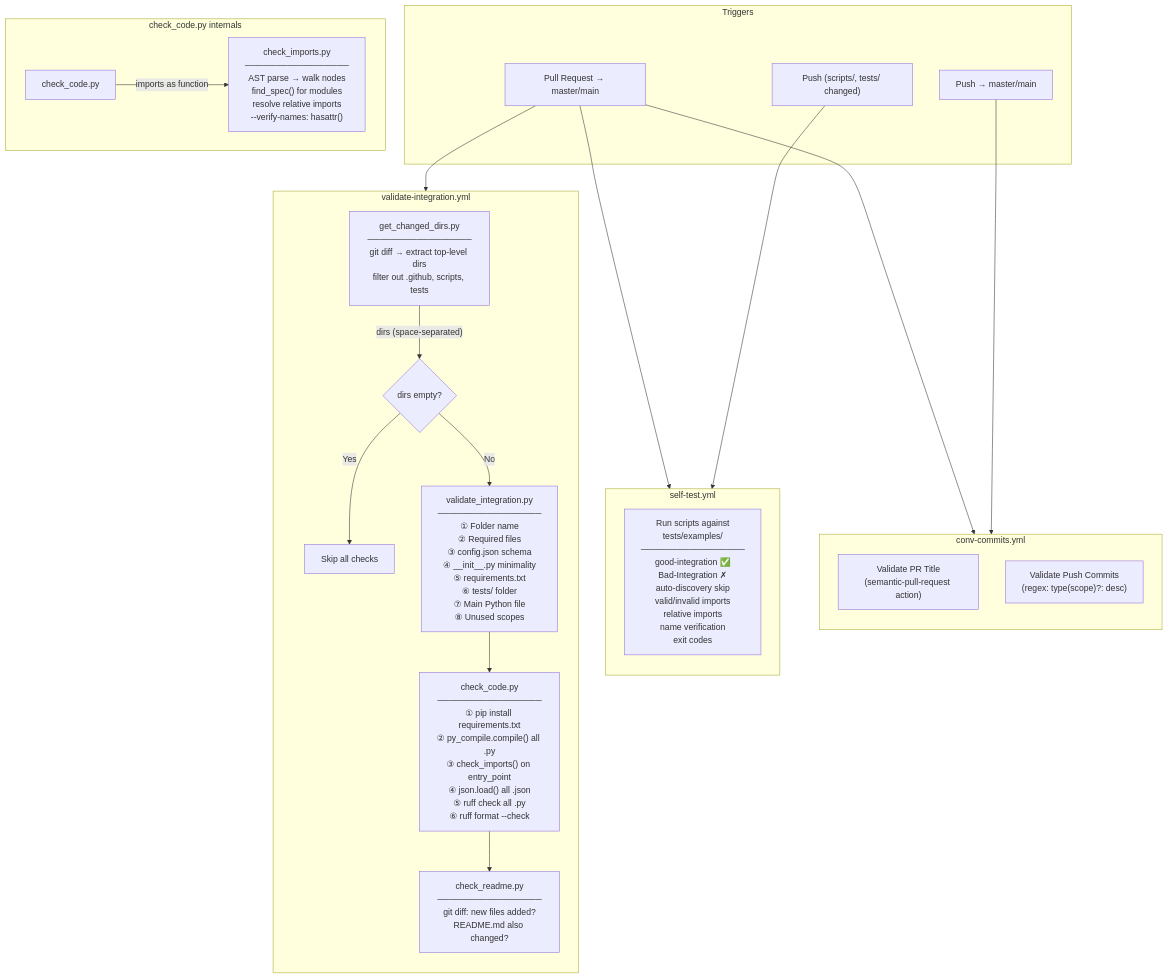
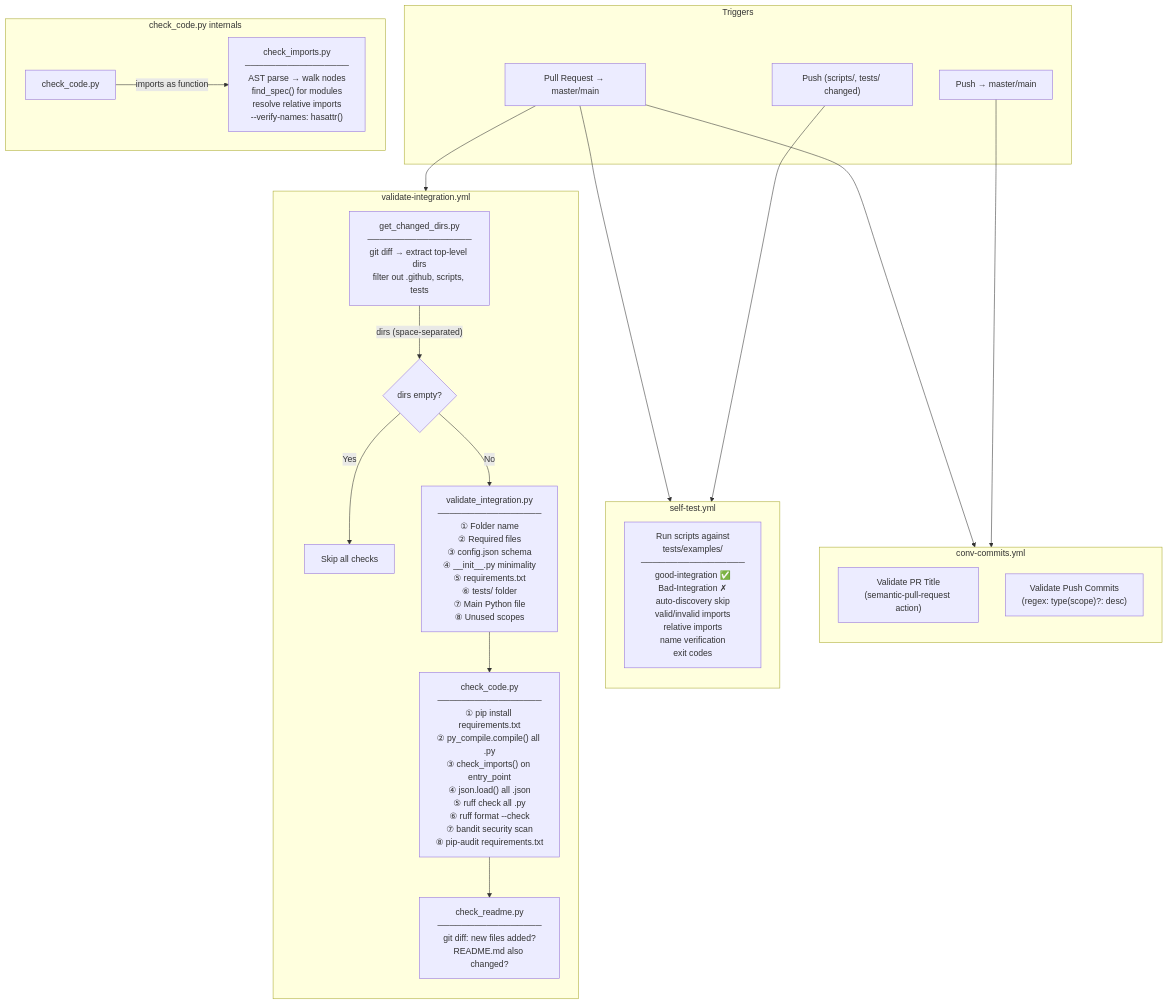
Before and after one commit to Autohive-AI/autohive-integrations-tooling: the diagram in README.md, drawn with Mermaid. The commit also changed other lines of this file and 3 other files, not shown here.

Commit message:
feat: add bandit security scan and pip-audit vulnerability check to check_code.py

````diff
--- a/README.md
+++ b/README.md
@@ -25,40 +25,40 @@
 ```mermaid
 flowchart TB
     subgraph triggers["Triggers"]
         PR["Pull Request → master/main"]
         PUSH_SCRIPTS["Push (scripts/, tests/ changed)"]
         PUSH_MAIN["Push → master/main"]
     end
 
     subgraph wf1["validate-integration.yml"]
         direction TB
         GCD["get_changed_dirs.py\n─────────────────\ngit diff → extract top-level dirs\nfilter out .github, scripts, tests"]
         GCD -->|"dirs (space-separated)"| COND{dirs empty?}
         COND -->|Yes| SKIP[Skip all checks]
         COND -->|No| VI["validate_integration.py\n─────────────────\n① Folder name\n② Required files\n③ config.json schema\n④ __init__.py minimality\n⑤ requirements.txt\n⑥ tests/ folder\n⑦ Main Python file\n⑧ Unused scopes"]
-        VI --> CC["check_code.py\n─────────────────\n① pip install requirements.txt\n② py_compile.compile() all .py\n③ check_imports() on entry_point\n④ json.load() all .json\n⑤ ruff check all .py\n⑥ ruff format --check"]
+        VI --> CC["check_code.py\n─────────────────\n① pip install requirements.txt\n② py_compile.compile() all .py\n③ check_imports() on entry_point\n④ json.load() all .json\n⑤ ruff check all .py\n⑥ ruff format --check\n⑦ bandit security scan\n⑧ pip-audit requirements.txt"]
         CC --> CR["check_readme.py\n─────────────────\ngit diff: new files added?\nREADME.md also changed?"]
     end
 
     subgraph ci_detail["check_code.py internals"]
         direction LR
         CC2["check_code.py"] -->|"imports as function"| CI["check_imports.py\n─────────────────\nAST parse → walk nodes\nfind_spec() for modules\nresolve relative imports\n--verify-names: hasattr()"]
     end
 
     subgraph wf2["self-test.yml"]
         direction TB
         ST["Run scripts against\ntests/examples/\n─────────────────\ngood-integration ✅\nBad-Integration ✗\nauto-discovery skip\nvalid/invalid imports\nrelative imports\nname verification\nexit codes"]
     end
 
     subgraph wf3["conv-commits.yml"]
         direction TB
         PRT["Validate PR Title\n(semantic-pull-request action)"]
         CMT["Validate Push Commits\n(regex: type(scope)?: desc)"]
     end
 
     PR --> wf1
     PR --> wf2
     PR --> wf3
     PUSH_SCRIPTS --> wf2
     PUSH_MAIN --> wf3
 ```
````
